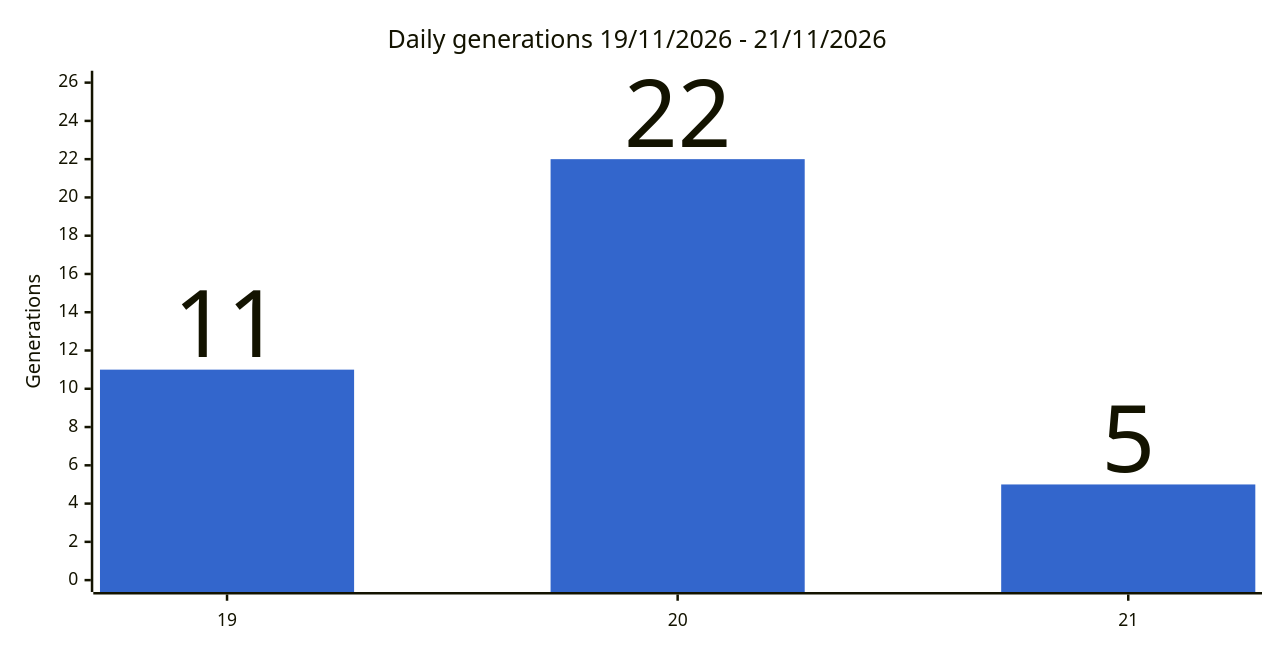
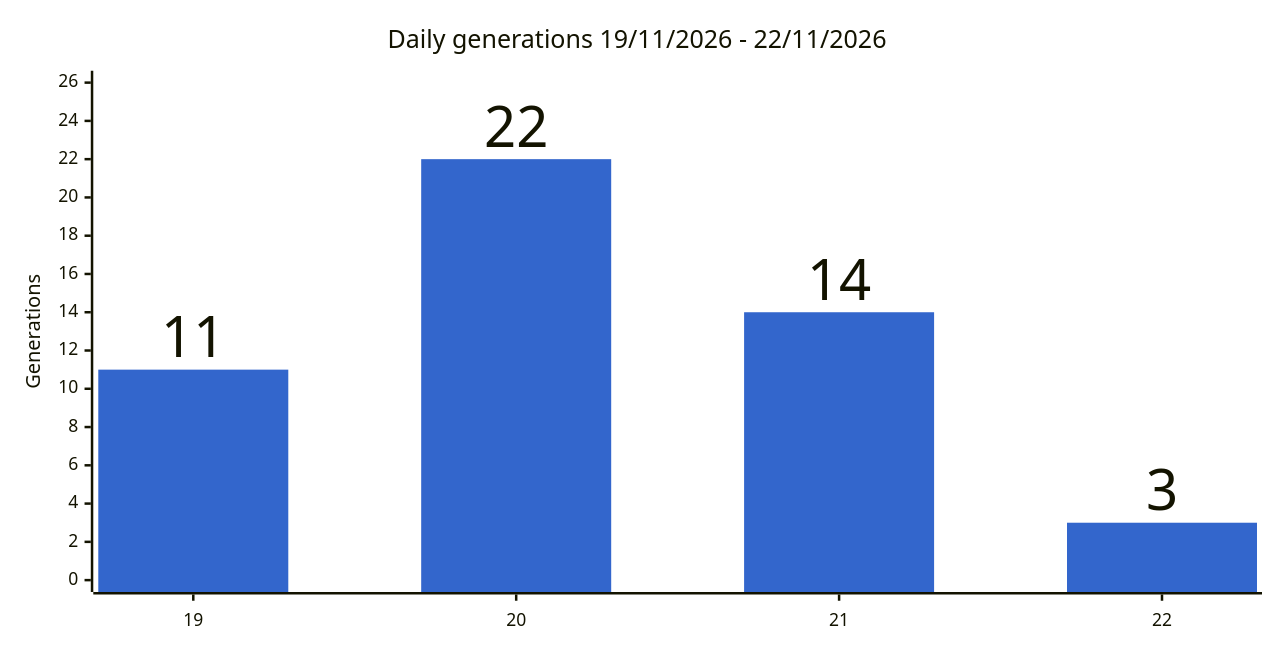
One commit to gmoulard/wikipedia2book changed the second of 4 diagrams in docs/stats.md. Above: the diagram before and after it, drawn with Mermaid. The commit also changed other lines of this file and 2 other files, not shown here.

````diff
--- a/docs/stats.md
+++ b/docs/stats.md
@@ -32,8 +32,8 @@
 ```mermaid
 %%{init: {"xyChart": {"width": 1000, "showDataLabel": true, "showDataLabelOutsideBar": true}, "themeVariables": {"xyChart": {"plotColorPalette": "#3366cc"}}}}%%
 xychart-beta
-    title "Daily generations 19/11/2026 - 21/11/2026"
-    x-axis ["19", "20", "21"]
+    title "Daily generations 19/11/2026 - 22/11/2026"
+    x-axis ["19", "20", "21", "22"]
     y-axis "Generations" 0 --> 26
-    bar [11, 22, 5]
+    bar [11, 22, 14, 3]
 ```
````
